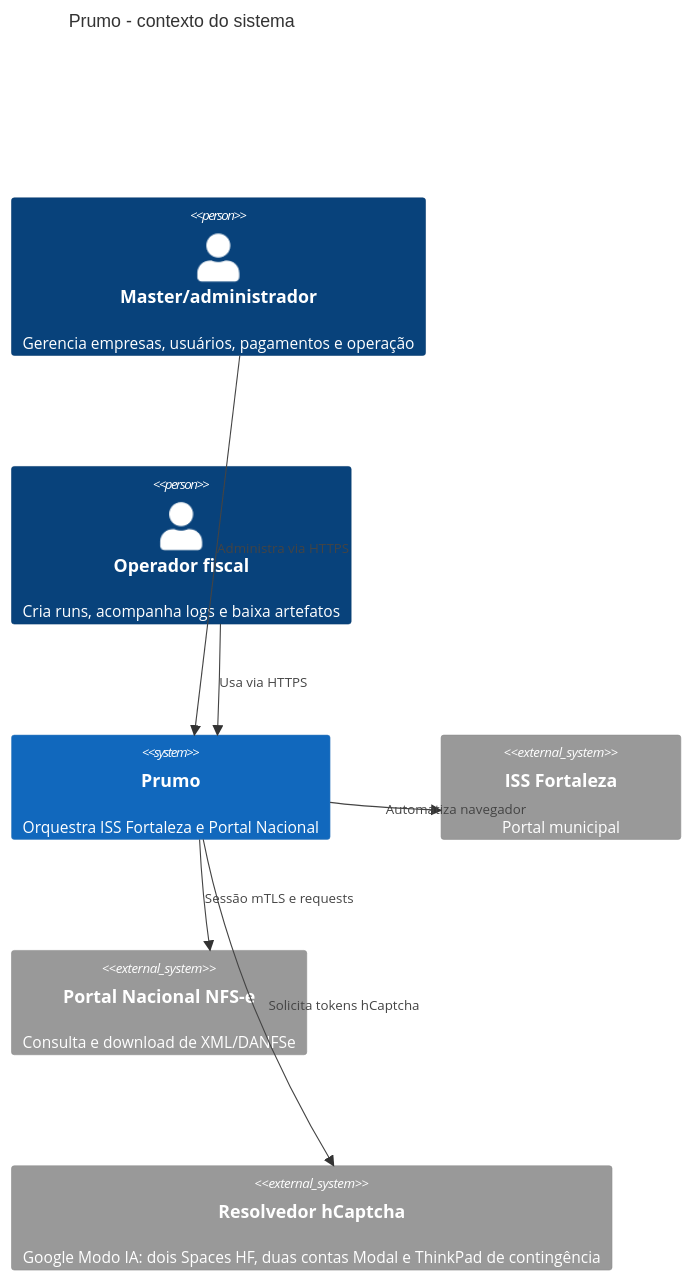
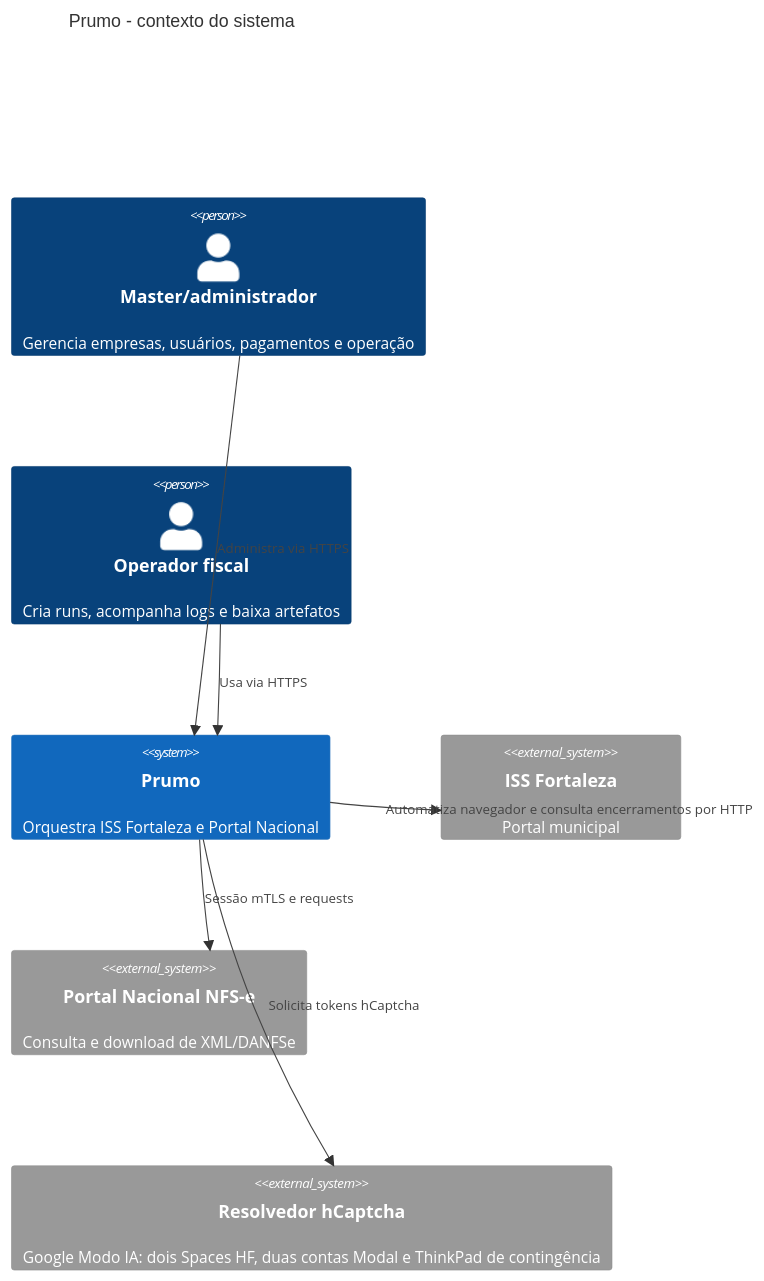
The first of 4 diagrams in docs/C4.md (prumosistemas/app), drawn with Mermaid before and after one commit. The commit also changed other lines of this file and 11 other files, not shown here.

````diff
--- a/docs/C4.md
+++ b/docs/C4.md
@@ -5,15 +5,15 @@
 ```mermaid
 C4Context
   title Prumo - contexto do sistema
   Person(master, "Master/administrador", "Gerencia empresas, usuários, pagamentos e operação")
   Person(operador, "Operador fiscal", "Cria runs, acompanha logs e baixa artefatos")
   System(prumo, "Prumo", "Orquestra ISS Fortaleza e Portal Nacional")
   System_Ext(iss, "ISS Fortaleza", "Portal municipal")
   System_Ext(nfse, "Portal Nacional NFS-e", "Consulta e download de XML/DANFSe")
   System_Ext(ai, "Resolvedor hCaptcha", "Google Modo IA: dois Spaces HF, duas contas Modal e ThinkPad de contingência")
   Rel(master, prumo, "Administra via HTTPS")
   Rel(operador, prumo, "Usa via HTTPS")
-  Rel(prumo, iss, "Automatiza navegador")
+  Rel(prumo, iss, "Automatiza navegador e consulta encerramentos por HTTP")
   Rel(prumo, nfse, "Sessão mTLS e requests")
   Rel(prumo, ai, "Solicita tokens hCaptcha")
 ```
````
